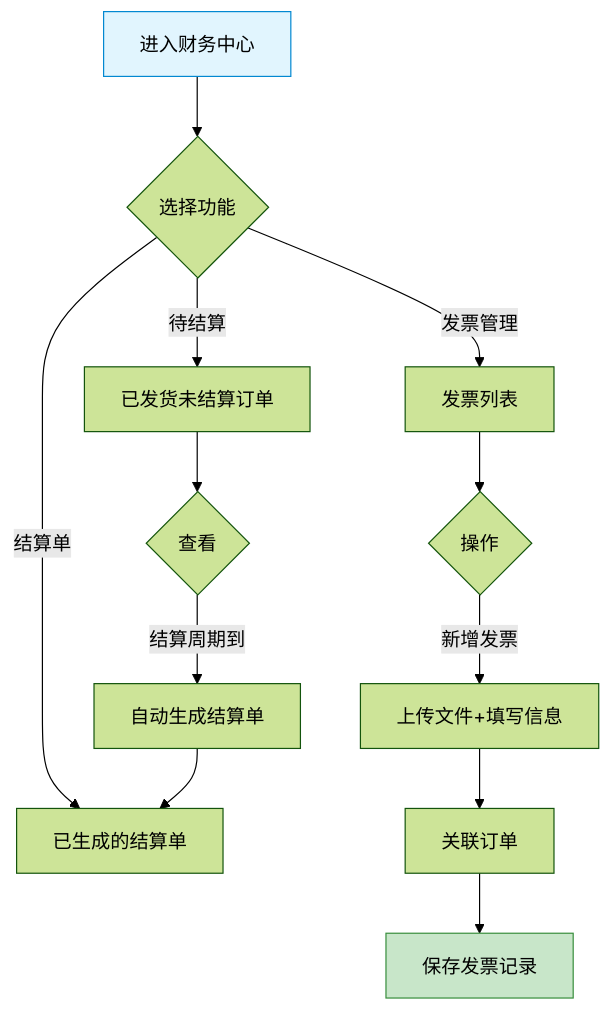
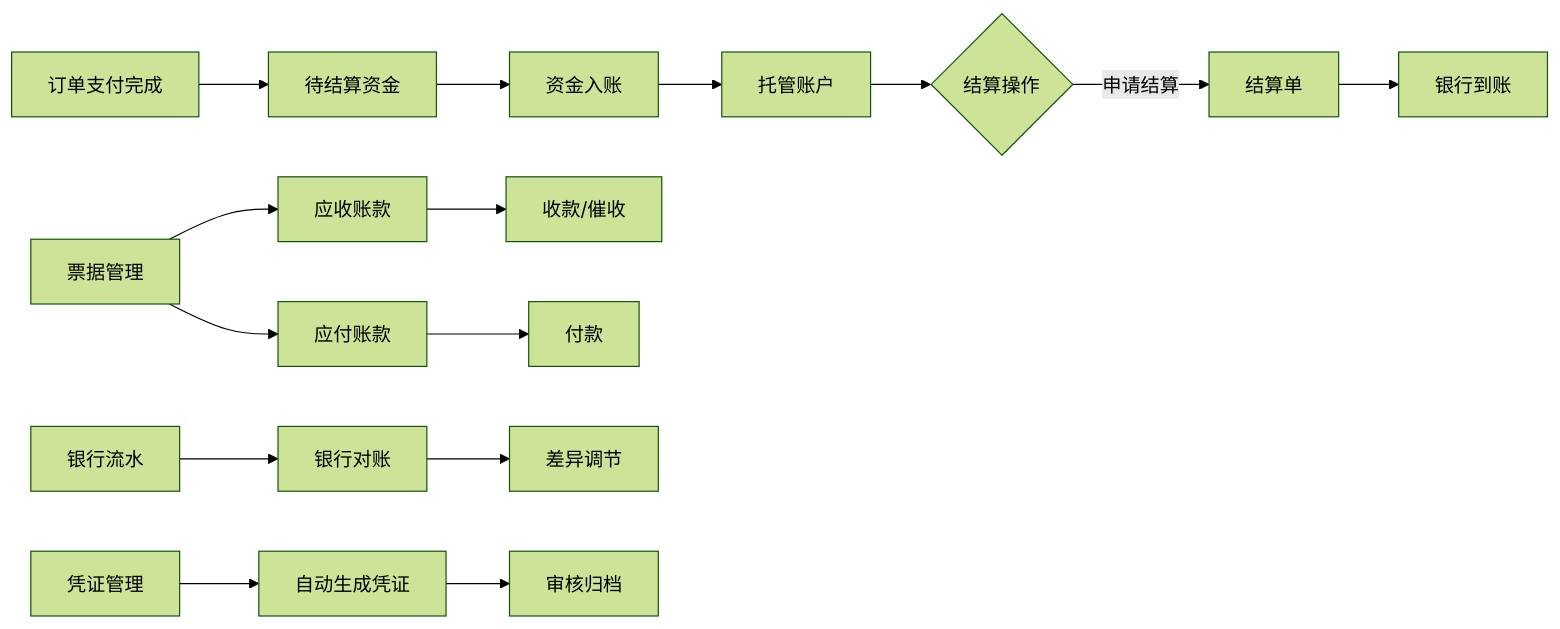
One commit to LinYuanxia/gongchengcang changed the diagram in prd-docs/supplier/08-财务中心功能设计.md. Above: the diagram before and after it, drawn with Mermaid (forest theme). The commit also changed other lines of this file and 40765 other files, not shown here.

````diff
--- a/prd-docs/supplier/08-财务中心功能设计.md
+++ b/prd-docs/supplier/08-财务中心功能设计.md
@@ -86,17 +303,20 @@
 ```mermaid
-flowchart TD
-    A[进入财务中心] --> B{选择功能}
-    B -->|发票管理| C[发票列表]
-    B -->|待结算| D[已发货未结算订单]
-    B -->|结算单| E[已生成的结算单]
-    C --> F{操作}
-    F -->|新增发票| G[上传文件+填写信息]
-    G --> H[关联订单]
-    H --> I[保存发票记录]
-    D --> J{查看}
-    J -->|结算周期到| K[自动生成结算单]
-    K --> E
-
-    style A fill:#e1f5fe,stroke:#0288d1
-    style I fill:#c8e6c9,stroke:#388e3c
+flowchart LR
+    A[订单支付完成] --> B[待结算资金]
+    B --> C[资金入账]
+    C --> D[托管账户]
+    D --> E{结算操作}
+    E -->|申请结算| F[结算单]
+    F --> G[银行到账]
+    
+    H[票据管理] --> I[应收账款]
+    H --> J[应付账款]
+    I --> K[收款/催收]
+    J --> L[付款]
+    
+    M[银行流水] --> N[银行对账]
+    N --> O[差异调节]
+    
+    P[凭证管理] --> Q[自动生成凭证]
+    Q --> R[审核归档]
 ```
````
